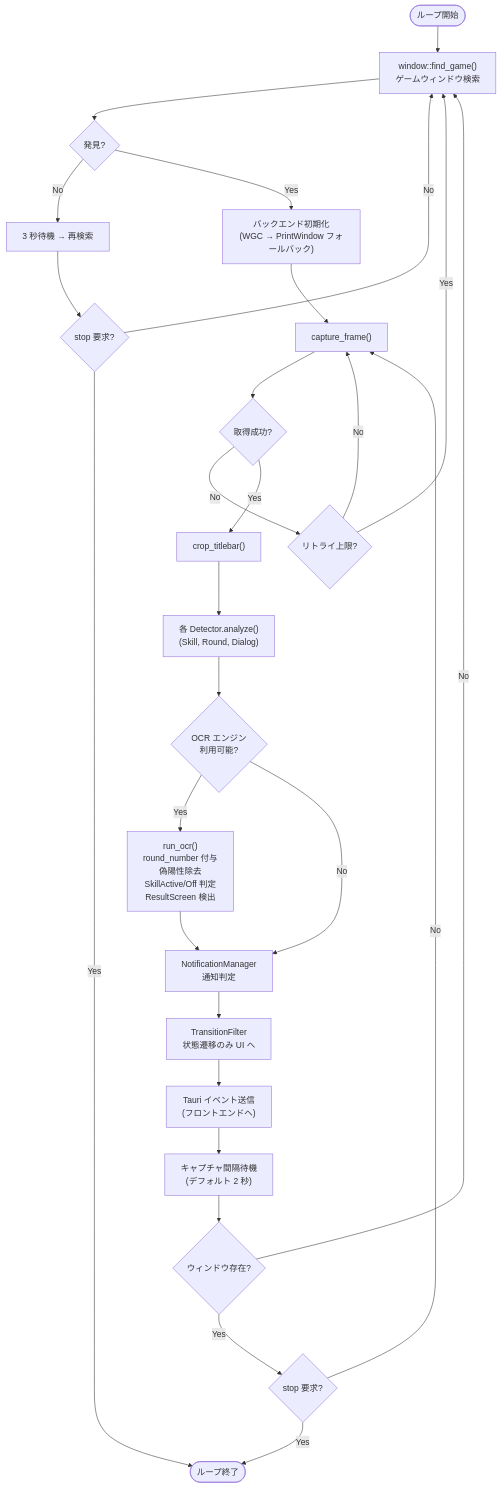
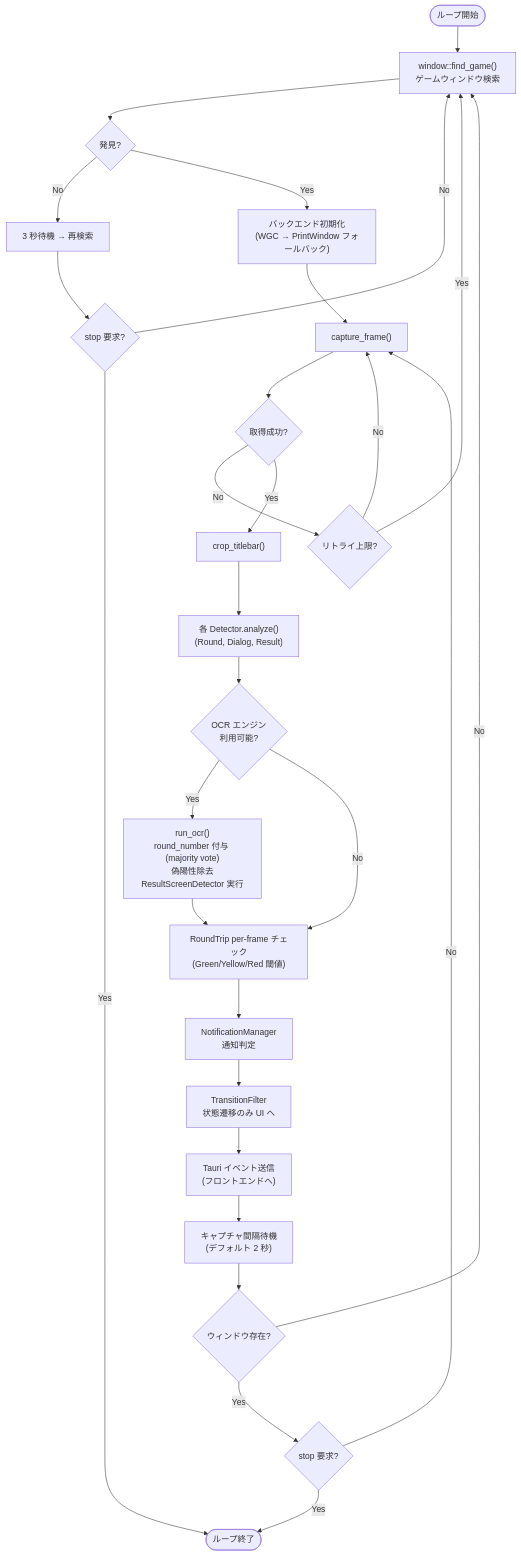
One commit to naa0yama/dna-assistant changed the second of 2 diagrams in docs/specs/components/app.md. Above: the diagram before and after it, drawn with Mermaid. The commit also changed other lines of this file and 86 other files, not shown here.

First line of the commit message:
feat(dna-detector): add ResultScreen detector, unify ROIs, and refactor round number detection

````diff
--- a/docs/specs/components/app.md
+++ b/docs/specs/components/app.md
@@ -52,29 +51,30 @@
 ```mermaid
 flowchart TD
     START([ループ開始]) --> FIND["window::find_game()\nゲームウィンドウ検索"]
     FIND --> FOUND{"発見?"}
     FOUND -- No --> WAIT_FIND["3 秒待機 → 再検索"]
     WAIT_FIND --> STOP_CHECK_1{"stop 要求?"}
     STOP_CHECK_1 -- Yes --> EXIT([ループ終了])
     STOP_CHECK_1 -- No --> FIND
     FOUND -- Yes --> BACKEND["バックエンド初期化\n(WGC → PrintWindow フォールバック)"]
     BACKEND --> CAPTURE["capture_frame()"]
     CAPTURE --> SUCCESS{"取得成功?"}
     SUCCESS -- No --> RETRY{"リトライ上限?"}
     RETRY -- No --> CAPTURE
     RETRY -- Yes --> FIND
     SUCCESS -- Yes --> TITLEBAR["crop_titlebar()"]
-    TITLEBAR --> DETECT["各 Detector.analyze()\n(Skill, Round, Dialog)"]
+    TITLEBAR --> DETECT["各 Detector.analyze()\n(Round, Dialog, Result)"]
     DETECT --> OCR{"OCR エンジン\n利用可能?"}
-    OCR -- Yes --> OCR_RUN["run_ocr()\nround_number 付与\n偽陽性除去\nSkillActive/Off 判定\nResultScreen 検出"]
-    OCR -- No --> NOTIFY["NotificationManager\n通知判定"]
-    OCR_RUN --> NOTIFY
+    OCR -- Yes --> OCR_RUN["run_ocr()\nround_number 付与 (majority vote)\n偽陽性除去\nResultScreenDetector 実行"]
+    OCR -- No --> ROUNDTRIP["RoundTrip per-frame チェック\n(Green/Yellow/Red 閾値)"]
+    OCR_RUN --> ROUNDTRIP
+    ROUNDTRIP --> NOTIFY["NotificationManager\n通知判定"]
     NOTIFY --> TRANSITION["TransitionFilter\n状態遷移のみ UI へ"]
     TRANSITION --> EMIT["Tauri イベント送信\n(フロントエンドへ)"]
     EMIT --> INTERVAL["キャプチャ間隔待機\n(デフォルト 2 秒)"]
     INTERVAL --> ALIVE{"ウィンドウ存在?"}
     ALIVE -- Yes --> STOP_CHECK_2{"stop 要求?"}
     ALIVE -- No --> FIND
     STOP_CHECK_2 -- Yes --> EXIT
     STOP_CHECK_2 -- No --> CAPTURE
 ```
````
